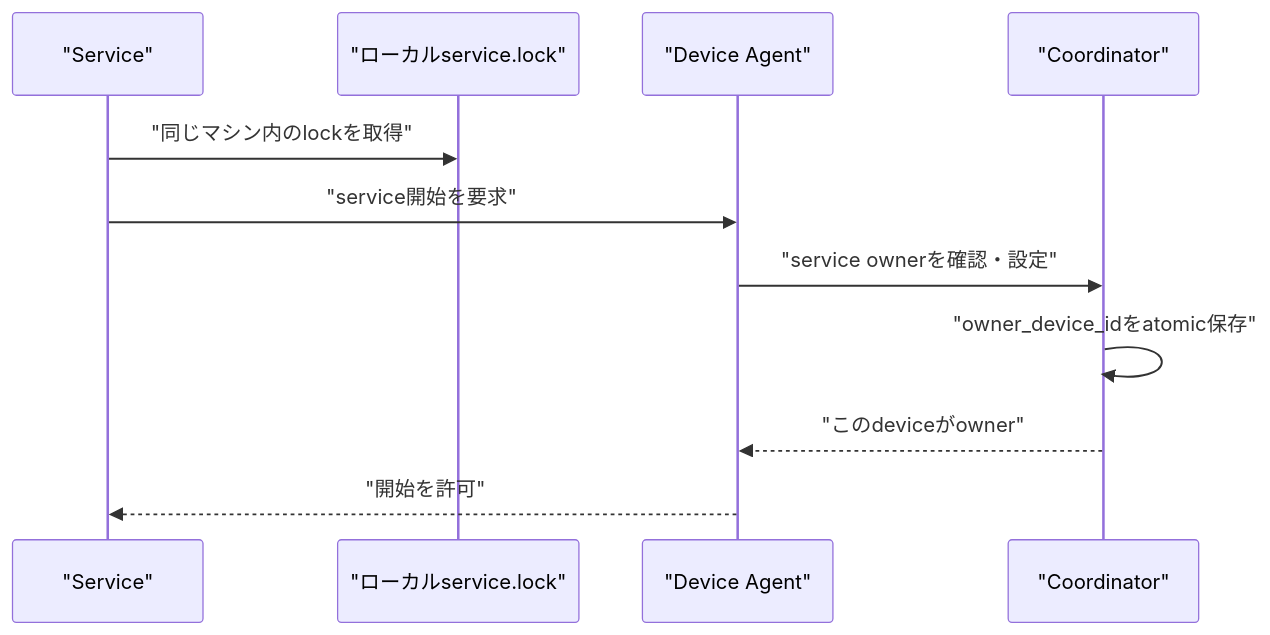
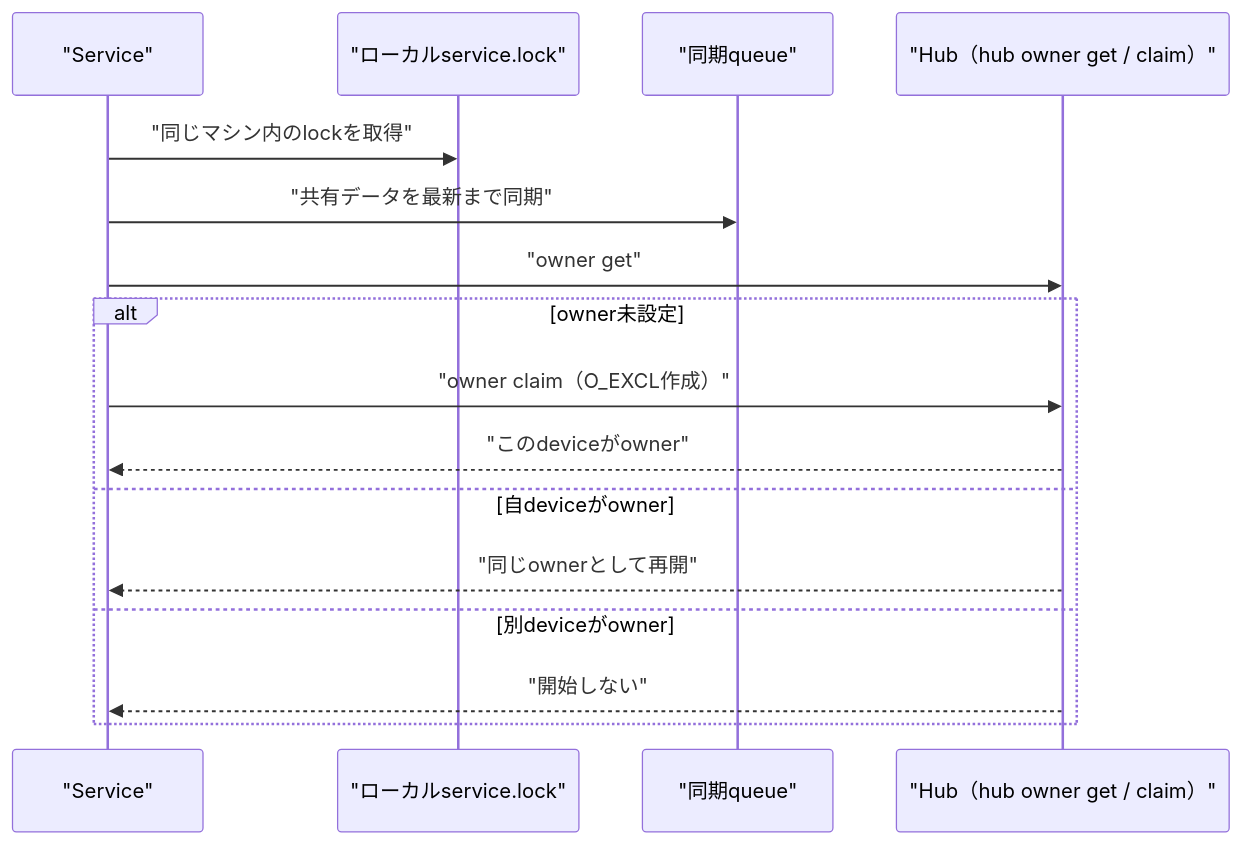
The fourth of 9 diagrams in docs/plans/workspace_sync_plan-v3.md (GuildBotics/GuildBotics), drawn with Mermaid before and after one commit. The commit also changed other lines of this file and 71 other files, not shown here.

````diff
--- a/docs/plans/workspace_sync_plan-v3.md
+++ b/docs/plans/workspace_sync_plan-v3.md
@@ -785,14 +828,19 @@
 ```mermaid
 sequenceDiagram
     participant Service as "Service"
     participant Lock as "ローカルservice.lock"
-    participant Agent as "Device Agent"
-    participant Coordinator as "Coordinator"
+    participant Sync as "同期queue"
+    participant Hub as "Hub（hub owner get / claim）"
 
     Service->>Lock: "同じマシン内のlockを取得"
-    Service->>Agent: "service開始を要求"
-    Agent->>Coordinator: "service ownerを確認・設定"
-    Coordinator->>Coordinator: "owner_device_idをatomic保存"
-    Coordinator-->>Agent: "このdeviceがowner"
-    Agent-->>Service: "開始を許可"
+    Service->>Sync: "共有データを最新まで同期"
+    Service->>Hub: "owner get"
+    alt owner未設定
+        Service->>Hub: "owner claim（O_EXCL作成）"
+        Hub-->>Service: "このdeviceがowner"
+    else 自deviceがowner
+        Hub-->>Service: "同じownerとして再開"
+    else 別deviceがowner
+        Hub-->>Service: "開始しない"
+    end
 ```
````
